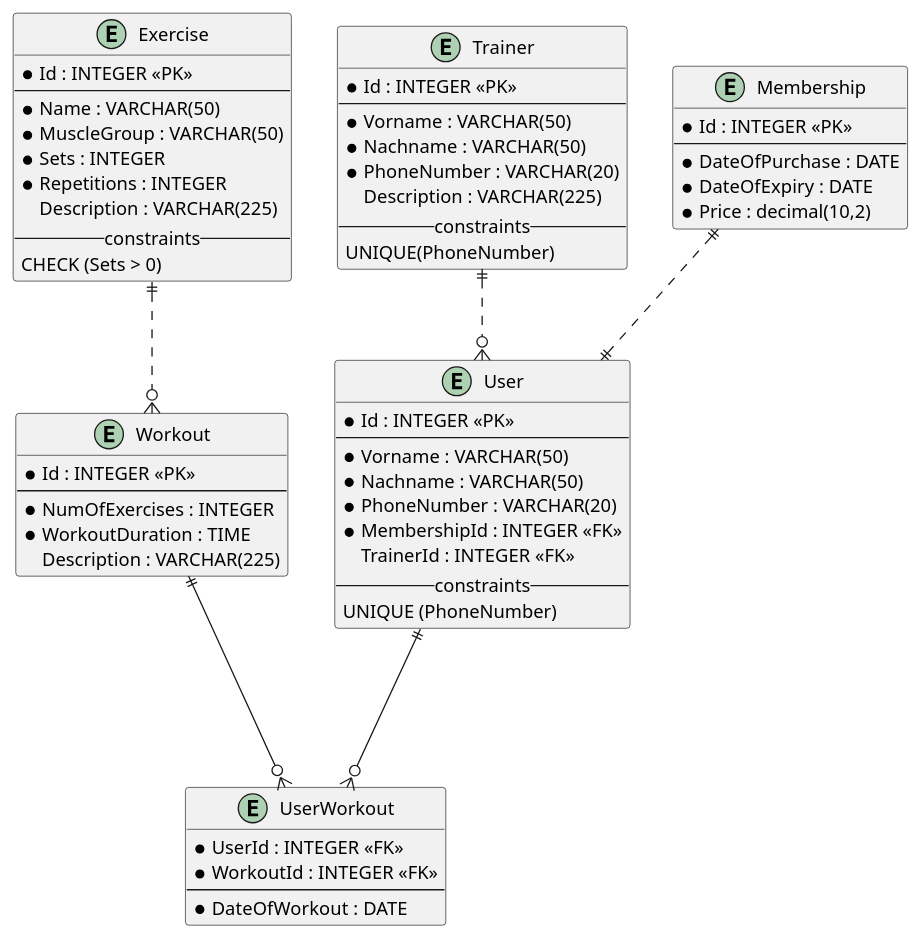
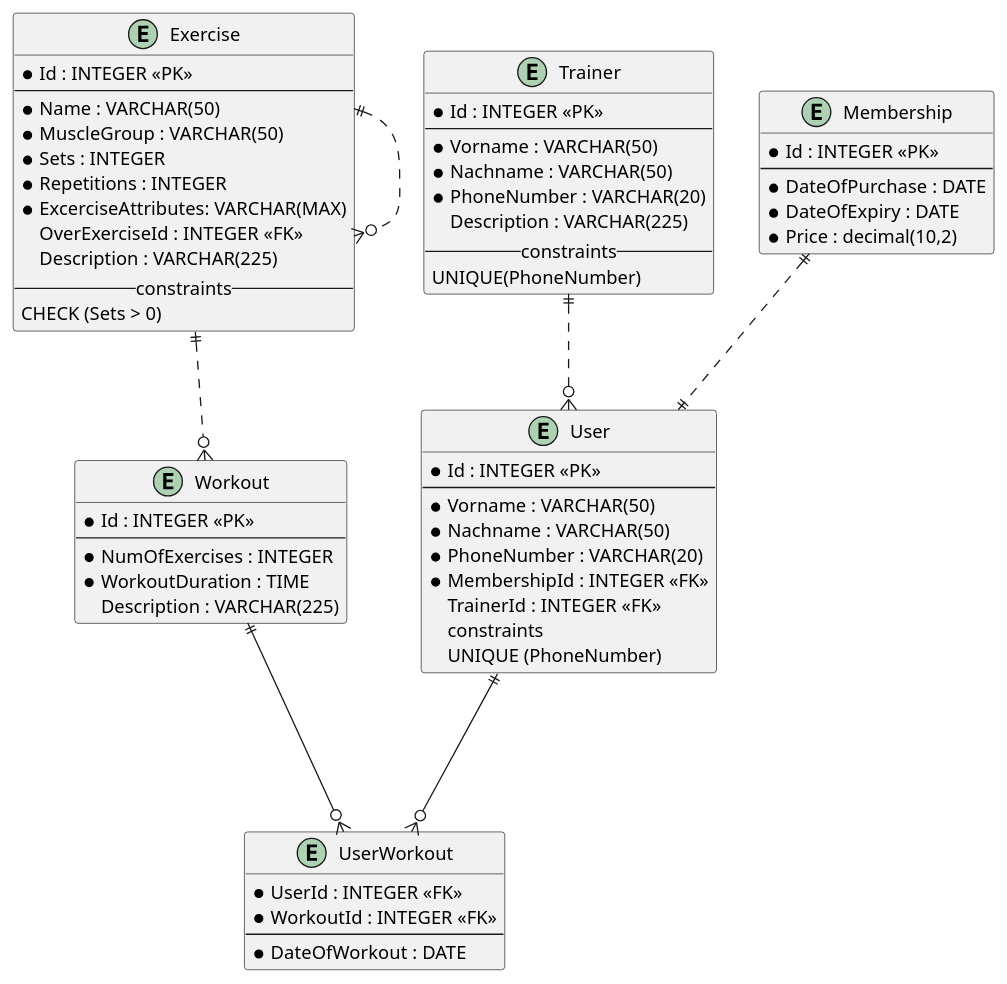
Before and after one commit to PeterMalinowski/FitnessModell: the diagram in Sommersemester/er_physical.puml, drawn with PlantUML. The commit also changed 2 other files, not shown here.

Commit message:
ExerciseAttributes + JSON create_db + physical

```diff
--- a/Sommersemester/er_physical.puml
+++ b/Sommersemester/er_physical.puml
@@ -1,68 +1,71 @@
 @startuml er_physical
 
 
 entity User{
     *Id : INTEGER <<PK>>
     ---
     *Vorname : VARCHAR(50)
     *Nachname : VARCHAR(50)
     *PhoneNumber : VARCHAR(20)
     *MembershipId : INTEGER <<FK>>
     TrainerId : INTEGER <<FK>>
-    --constraints--
+    --constraints-- 
     UNIQUE (PhoneNumber)
 }
 
 entity Workout{
     *Id : INTEGER <<PK>>
     ---
     *NumOfExercises : INTEGER
     *WorkoutDuration : TIME
     Description : VARCHAR(225)
 }
 
 entity Exercise{
     *Id : INTEGER <<PK>>
     ---
     *Name : VARCHAR(50)
     *MuscleGroup : VARCHAR(50)
     *Sets : INTEGER
     *Repetitions : INTEGER
+    *ExcerciseAttributes: VARCHAR(MAX)
+    OverExerciseId : INTEGER <<FK>>
     Description : VARCHAR(225)
     --constraints--
     CHECK (Sets > 0)
 }
 
 entity Trainer{
     *Id : INTEGER <<PK>>
     ---
     *Vorname : VARCHAR(50)
     *Nachname : VARCHAR(50)
     *PhoneNumber : VARCHAR(20)
     Description : VARCHAR(225)
     --constraints--
     UNIQUE(PhoneNumber)
 }
 
 entity Membership{
     *Id : INTEGER <<PK>>
     ---
     *DateOfPurchase : DATE
     *DateOfExpiry : DATE
     *Price : decimal(10,2)
 }
 
 entity UserWorkout{
     *UserId : INTEGER <<FK>>
     *WorkoutId : INTEGER <<FK>>
     ---
     *DateOfWorkout : DATE
 }
 
 User ||---o{ UserWorkout
 Workout ||---o{ UserWorkout
 Exercise ||..o{ Workout
 Trainer ||..o{ User
 Membership ||..|| User
+Exercise ||..o{ Exercise
 
 @enduml
```
